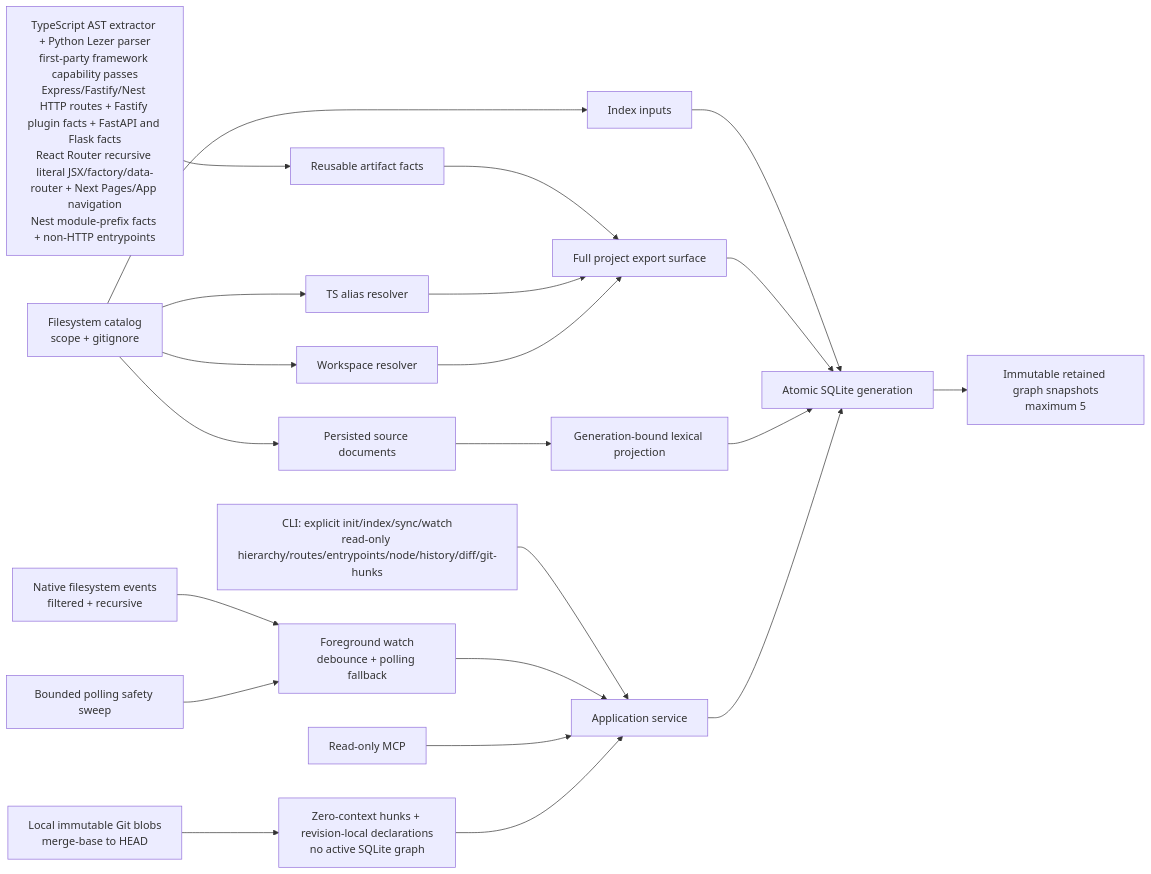
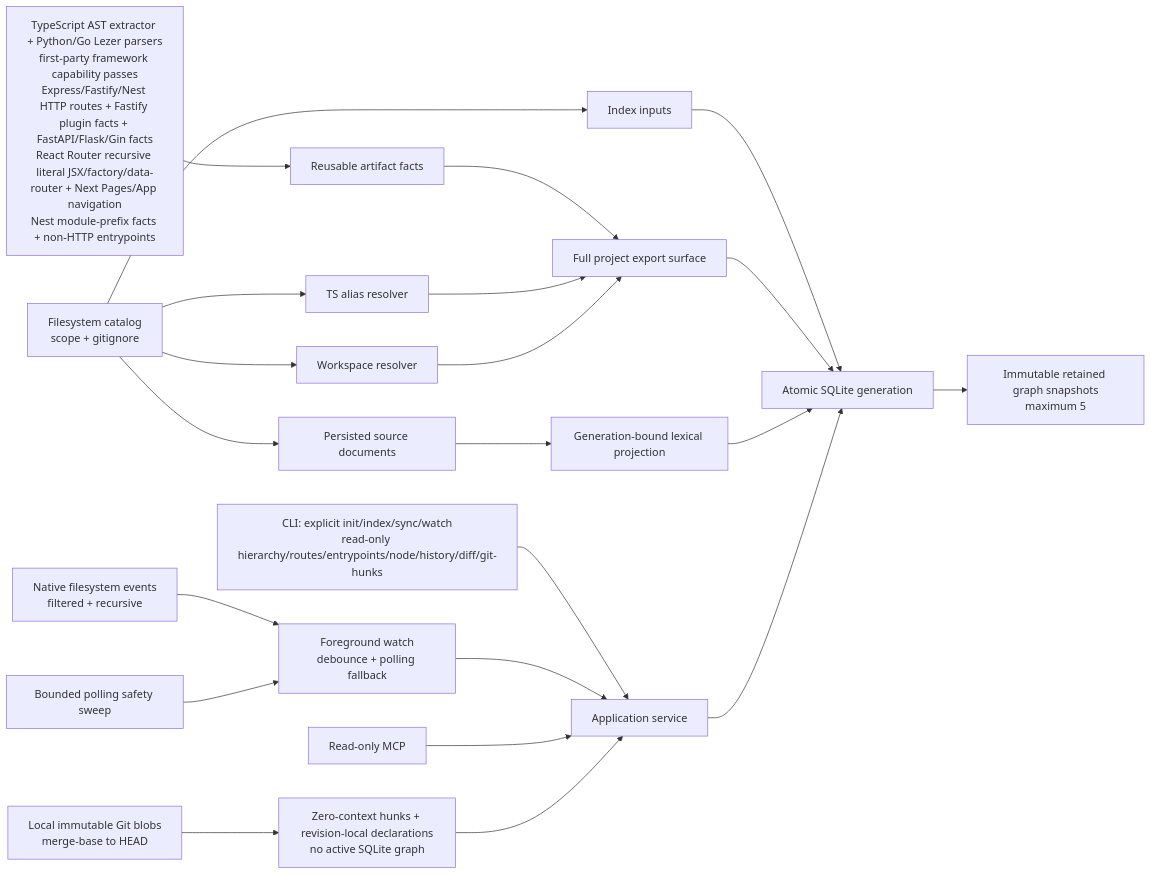
The diagram in README.md (HsinPu/SymbolLattice), drawn with Mermaid before and after one commit. The commit also changed other lines of this file and 14 other files, not shown here.

````diff
--- a/README.md
+++ b/README.md
@@ -990,23 +1027,23 @@
 ```mermaid
 flowchart LR
   CLI["CLI: explicit init/index/sync/watch\nread-only hierarchy/routes/entrypoints/node/history/diff/git-hunks"] --> App["Application service"]
   Native["Native filesystem events\nfiltered + recursive"] --> Watch["Foreground watch\ndebounce + polling fallback"]
   Timer["Bounded polling safety sweep"] --> Watch
   Watch --> App
   MCP["Read-only MCP"] --> App
   Git["Local immutable Git blobs\nmerge-base to HEAD"] --> GitHunks["Zero-context hunks + revision-local declarations\nno active SQLite graph"] --> App
   Catalog["Filesystem catalog\nscope + gitignore"] --> Inputs["Index inputs"]
   Catalog --> TS["TS alias resolver"]
   Catalog --> WS["Workspace resolver"]
-  Extractor["TypeScript AST extractor + Python Lezer parser\nfirst-party framework capability passes\nExpress/Fastify/Nest HTTP routes + Fastify plugin facts + FastAPI and Flask facts\nReact Router recursive literal JSX/factory/data-router + Next Pages/App navigation\nNest module-prefix facts + non-HTTP entrypoints"] --> Facts["Reusable artifact facts"]
+  Extractor["TypeScript AST extractor + Python/Go Lezer parsers\nfirst-party framework capability passes\nExpress/Fastify/Nest HTTP routes + Fastify plugin facts + FastAPI/Flask/Gin facts\nReact Router recursive literal JSX/factory/data-router + Next Pages/App navigation\nNest module-prefix facts + non-HTTP entrypoints"] --> Facts["Reusable artifact facts"]
   Catalog --> SourceDocs["Persisted source documents"]
   SourceDocs --> Retrieval["Generation-bound lexical projection"]
   Facts --> Resolver["Full project export surface"]
   TS --> Resolver
   WS --> Resolver
   Inputs --> SQLite["Atomic SQLite generation"]
   Resolver --> SQLite
   Retrieval --> SQLite
   SQLite --> Retained["Immutable retained graph snapshots\nmaximum 5"]
   App --> SQLite
 ```
````
